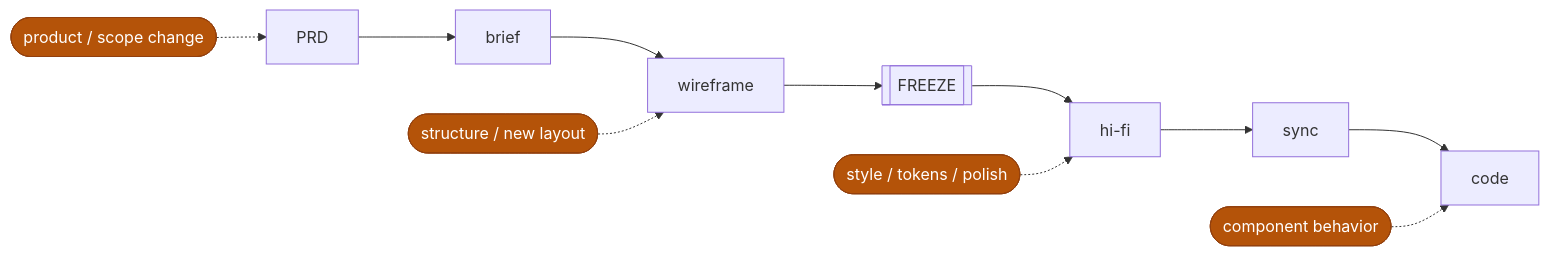
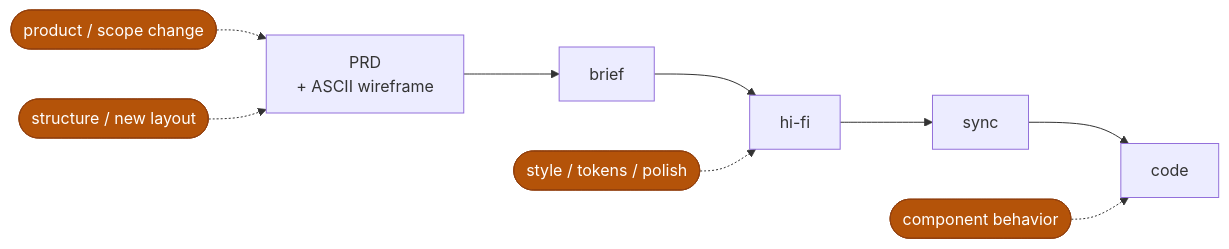
The second of 2 diagrams in README.md (milad-alizadeh/argo-plugin), drawn with Mermaid before and after one commit. The commit also changed other lines of this file, not shown here.

Commit message:
docs(readme): PRD ASCII wireframe replaces the Figma lo-fi stage; single seam; 11 agents / 21 skills

````diff
--- a/README.md
+++ b/README.md
@@ -165,10 +166,10 @@
 ```mermaid
 flowchart LR
     classDef entry fill:#b45309,color:#fff,stroke:#92400e
-    PRD --> brief --> wf[wireframe] --> FR[[FREEZE]] --> hifi[hi-fi] --> sync --> code
+    PRD["PRD<br/>+ ASCII wireframe"] --> brief --> hifi[hi-fi] --> sync --> code
 
     scopeChange(["product / scope change"]):::entry -.-> PRD
-    structChange(["structure / new layout"]):::entry -.-> wf
+    structChange(["structure / new layout"]):::entry -.-> PRD
     styleChange(["style / tokens / polish"]):::entry -.-> hifi
     behaviorChange(["component behavior"]):::entry -.-> code
 ```
````
